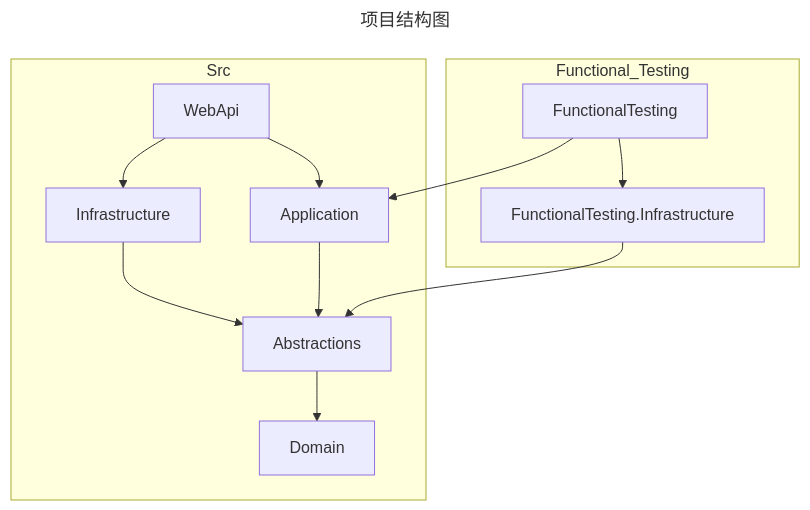
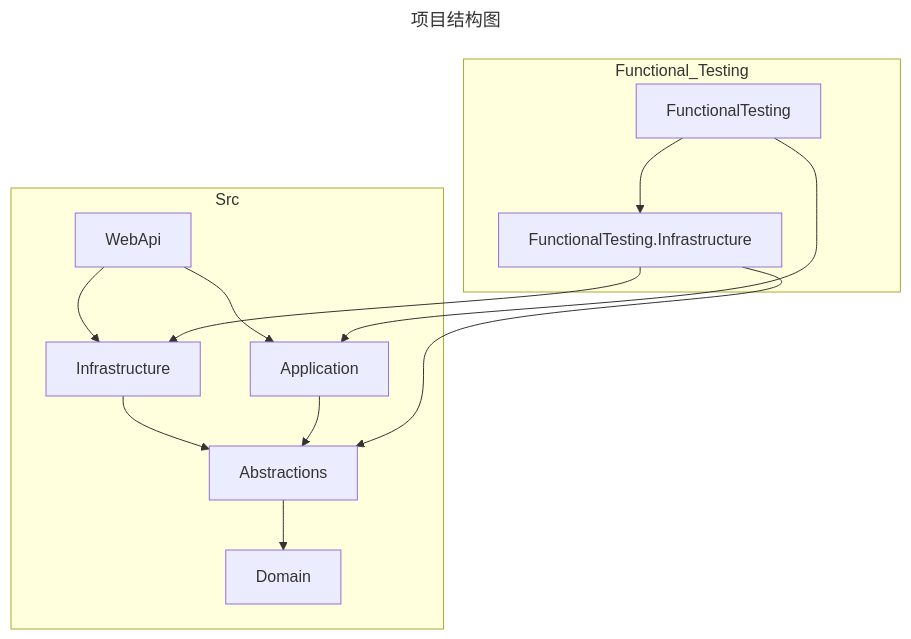
Before and after one commit to tsctsc6/MusicManagementDemo: the first of 2 diagrams in README.md, drawn with Mermaid. The commit also changed other lines of this file, not shown here.

````diff
--- a/README.md
+++ b/README.md
@@ -38,19 +38,20 @@
 ```mermaid
 ---
 title: 项目结构图
 ---
 flowchart TD
     subgraph Src
     WebApi --> Infrastructure
     WebApi --> Application
     Infrastructure --> Abstractions
     Application --> Abstractions
     Abstractions --> Domain
     end
 
     subgraph Functional_Testing
     FunctionalTesting --> FunctionalTesting.Infrastructure
     FunctionalTesting --> Application
+    FunctionalTesting.Infrastructure --> Infrastructure
     FunctionalTesting.Infrastructure --> Abstractions
     end
 ```
````
